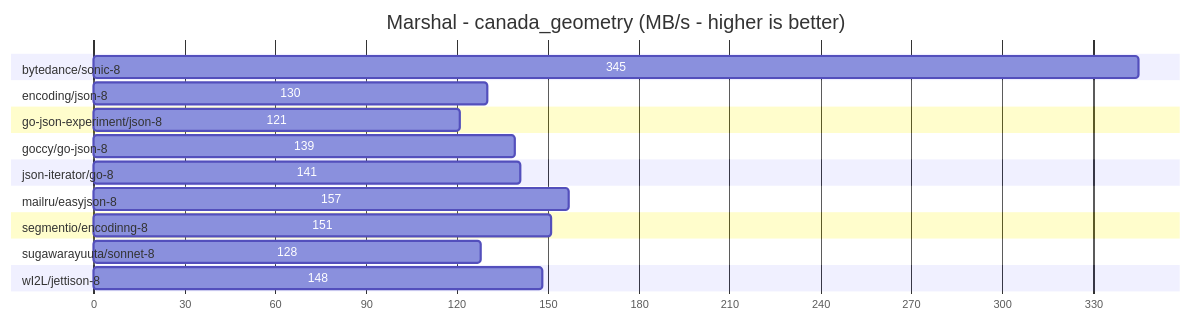
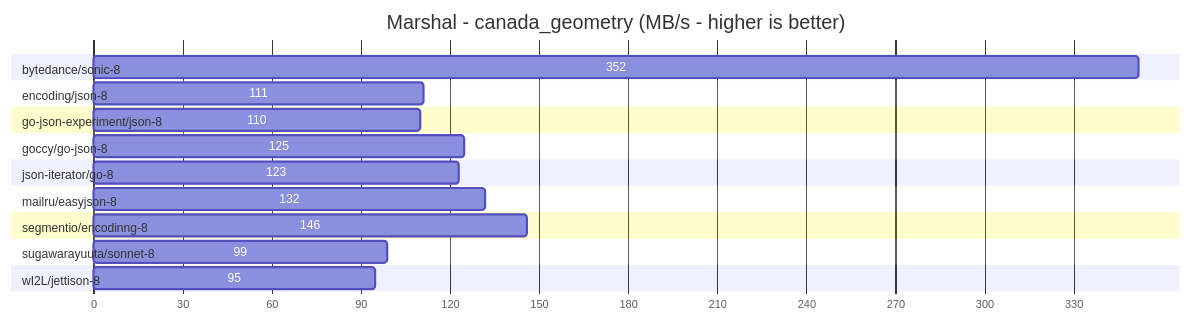
One commit to spywiree-priv/go-json-benchmark changed the first of 12 diagrams in README.md. Above: the diagram before and after it, drawn with Mermaid. The commit also changed other lines of this file and 2 other files, not shown here.

````diff
--- a/README.md
+++ b/README.md
@@ -1,25 +1,25 @@
 ```mermaid
 gantt
 title Marshal - canada_geometry (MB/s - higher is better)
 dateFormat X
 axisFormat %s
 
 section bytedance/sonic-8                 
-345 :0, 345
+352 :0, 352
 section encoding/json-8         
-130 :0, 130
+111 :0, 111
 section go-json-experiment/json-8         
-121 :0, 121
+110 :0, 110
 section goccy/go-json-8                   
-139 :0, 139
+125 :0, 125
 section json-iterator/go-8                
-141 :0, 141
+123 :0, 123
 section mailru/easyjson-8                 
-157 :0, 157
+132 :0, 132
 section segmentio/encodinng-8             
-151 :0, 151
+146 :0, 146
 section sugawarayuuta/sonnet-8            
-128 :0, 128
+99 :0, 99
 section wI2L/jettison-8                   
-148 :0, 148
+95 :0, 95
 ```
````
